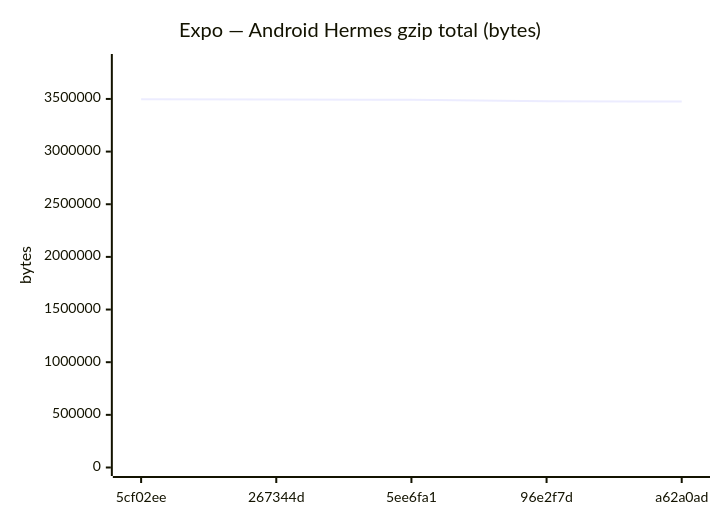
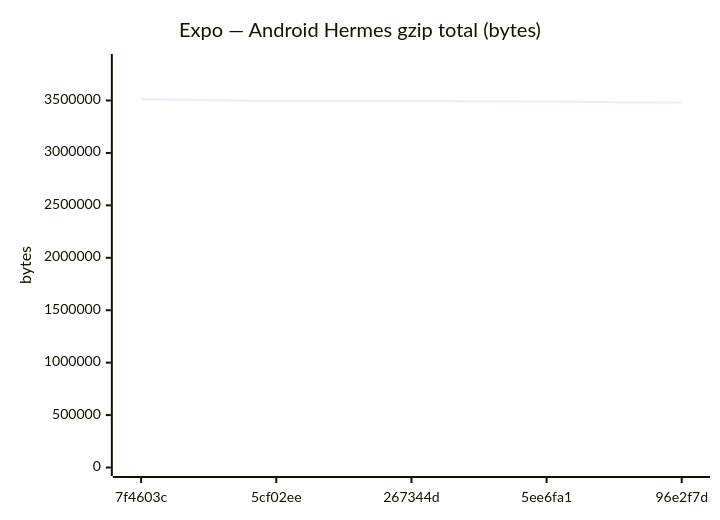
Diagram 11 of 18 in benchmarks/compare.md (Metaheurist/Rianell), drawn with Mermaid before and after one commit. The commit also changed other lines of this file and 11 other files, not shown here.

````diff
--- a/benchmarks/compare.md
+++ b/benchmarks/compare.md
@@ -172,7 +172,7 @@
 ```mermaid
 xychart-beta
     title "Expo — Android Hermes gzip total (bytes)"
-    x-axis ["5cf02ee", "267344d", "5ee6fa1", "96e2f7d", "a62a0ad"]
-    y-axis "bytes" 0 --> 3846033
-    line [3496393, 3494445, 3491111, 3478911, 3474606]
+    x-axis ["7f4603c", "5cf02ee", "267344d", "5ee6fa1", "96e2f7d"]
+    y-axis "bytes" 0 --> 3862622
+    line [3511474, 3496393, 3494445, 3491111, 3478911]
 ```
````
